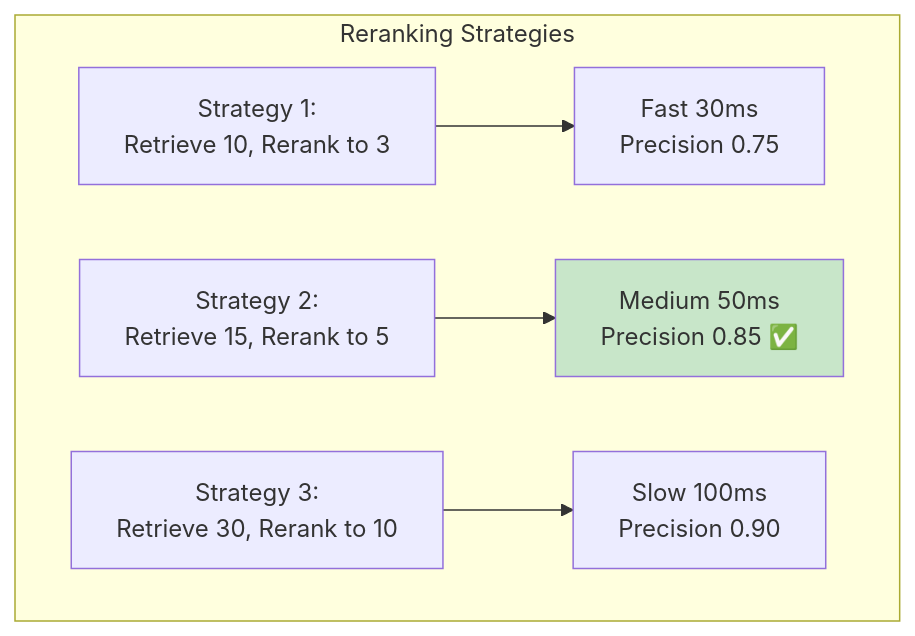
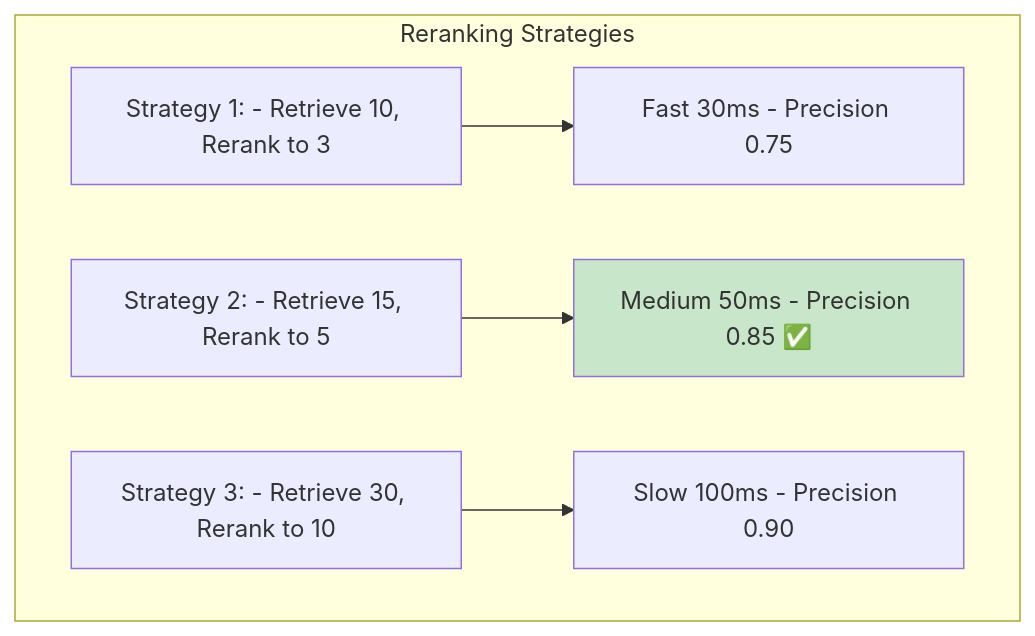
One commit to indhra/llm_rag_sec_findings changed the seventh of 7 diagrams in docs/learning/05-reranking-retrieval.md. Above: the diagram before and after it, drawn with Mermaid. The commit also changed other lines of this file and 9 other files, not shown here.

````diff
--- a/docs/learning/05-reranking-retrieval.md
+++ b/docs/learning/05-reranking-retrieval.md
@@ -455,10 +455,10 @@
 ```mermaid
 graph TD
     subgraph "Reranking Strategies"
-        S1[Strategy 1:<br/>Retrieve 10, Rerank to 3] --> T1[Fast 30ms<br/>Precision 0.75]
-        S2[Strategy 2:<br/>Retrieve 15, Rerank to 5] --> T2[Medium 50ms<br/>Precision 0.85 ✅]
-        S3[Strategy 3:<br/>Retrieve 30, Rerank to 10] --> T3[Slow 100ms<br/>Precision 0.90]
+        S1[Strategy 1: - Retrieve 10, Rerank to 3] --> T1[Fast 30ms - Precision 0.75]
+        S2[Strategy 2: - Retrieve 15, Rerank to 5] --> T2[Medium 50ms - Precision 0.85 ✅]
+        S3[Strategy 3: - Retrieve 30, Rerank to 10] --> T3[Slow 100ms - Precision 0.90]
     end
     
     style T2 fill:#c8e6c9
 ```
````
